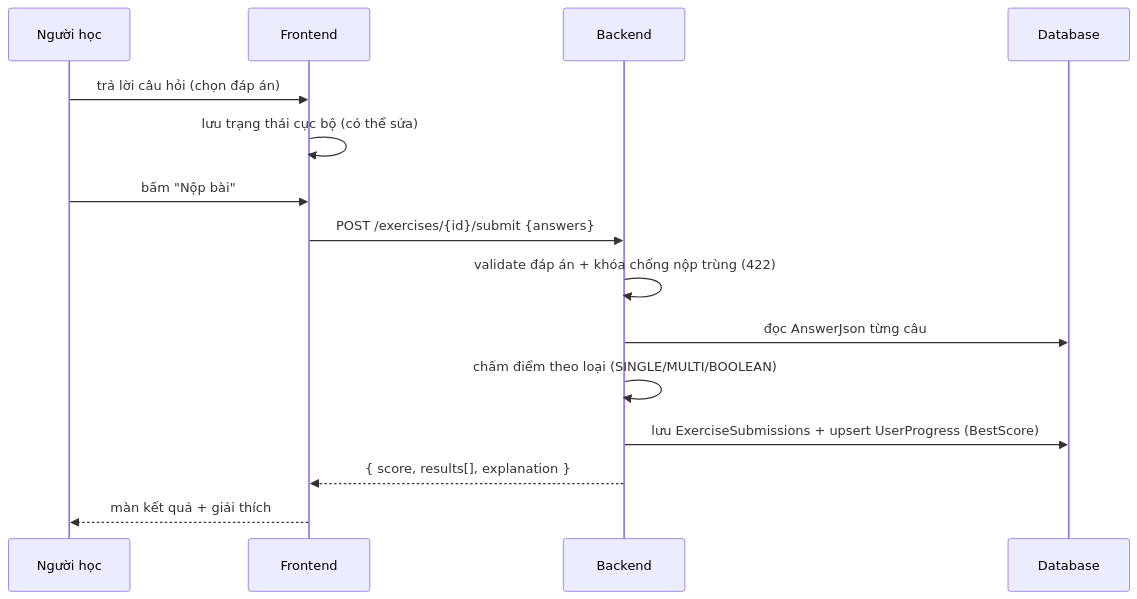
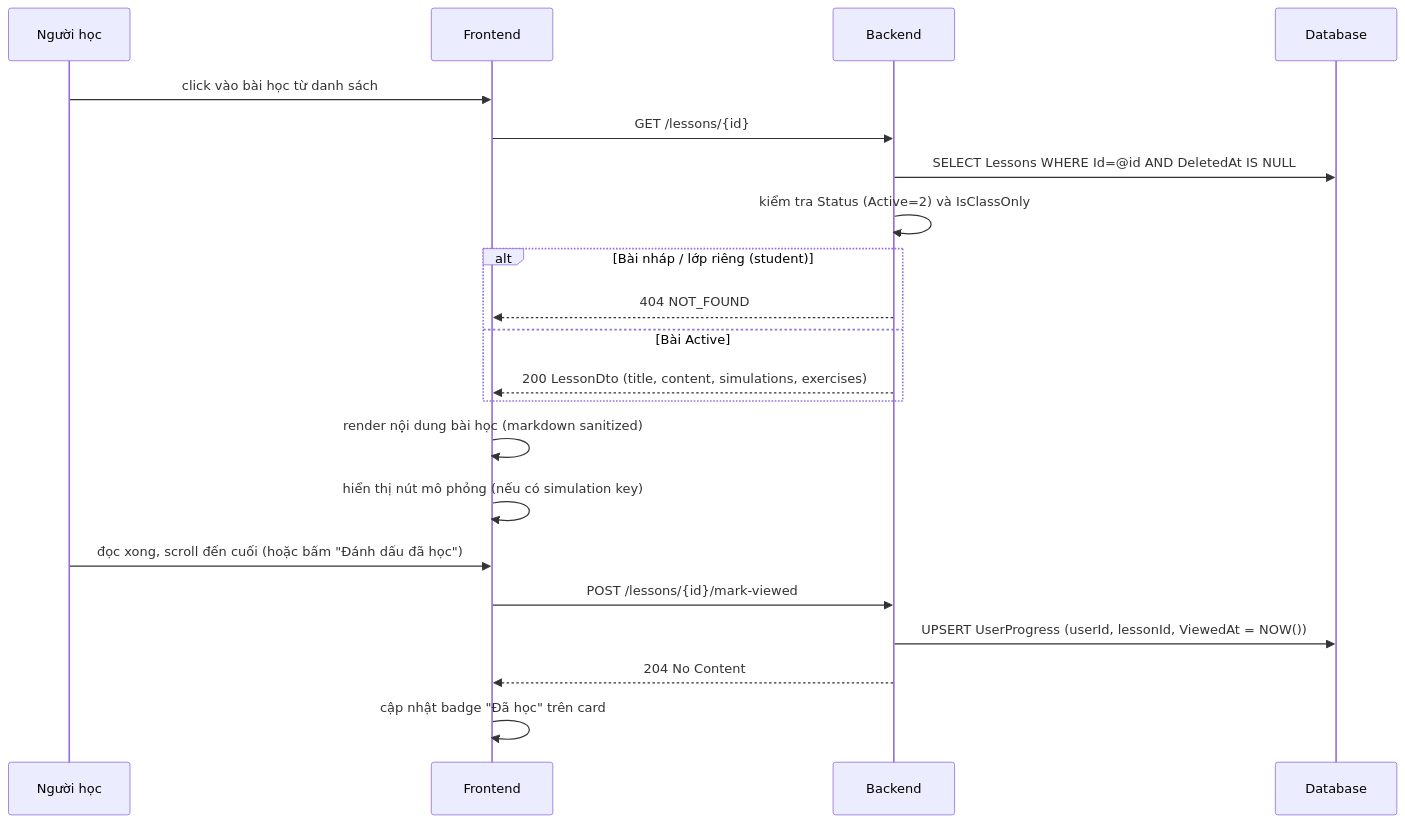
One commit to Tqson3118/Visualization changed the tenth of 19 diagrams in tailieu/BAO_CAO.md. Above: the diagram before and after it, drawn with Mermaid. The commit also changed other lines of this file and 1 other file, not shown here.

Commit message:
docs: add 8 sequence + 4 activity diagrams to BAO_CAO (Mermaid, sections 5.4.3-5.4.4)

````diff
--- a/tailieu/BAO_CAO.md
+++ b/tailieu/BAO_CAO.md
@@ -1667,17 +821,24 @@
 ```mermaid
 sequenceDiagram
-    participant H as Người học
+    participant U as Người học
     participant SPA as Frontend
     participant API as Backend
     participant DB as Database
-    H->>SPA: trả lời câu hỏi (chọn đáp án)
-    SPA->>SPA: lưu trạng thái cục bộ (có thể sửa)
-    H->>SPA: bấm "Nộp bài"
-    SPA->>API: POST /exercises/{id}/submit {answers}
-    API->>API: validate đáp án + khóa chống nộp trùng (422)
-    API->>DB: đọc AnswerJson từng câu
-    API->>API: chấm điểm theo loại (SINGLE/MULTI/BOOLEAN)
-    API->>DB: lưu ExerciseSubmissions + upsert UserProgress (BestScore)
-    API-->>SPA: { score, results[], explanation }
-    SPA-->>H: màn kết quả + giải thích
+
+    U->>SPA: click vào bài học từ danh sách
+    SPA->>API: GET /lessons/{id}
+    API->>DB: SELECT Lessons WHERE Id=@id AND DeletedAt IS NULL
+    API->>API: kiểm tra Status (Active=2) và IsClassOnly
+    alt Bài nháp / lớp riêng (student)
+        API-->>SPA: 404 NOT_FOUND
+    else Bài Active
+        API-->>SPA: 200 LessonDto (title, content, simulations, exercises)
+    end
+    SPA->>SPA: render nội dung bài học (markdown sanitized)
+    SPA->>SPA: hiển thị nút mô phỏng (nếu có simulation key)
+    U->>SPA: đọc xong, scroll đến cuối (hoặc bấm "Đánh dấu đã học")
+    SPA->>API: POST /lessons/{id}/mark-viewed
+    API->>DB: UPSERT UserProgress (userId, lessonId, ViewedAt = NOW())
+    API-->>SPA: 204 No Content
+    SPA->>SPA: cập nhật badge "Đã học" trên card
 ```
````
